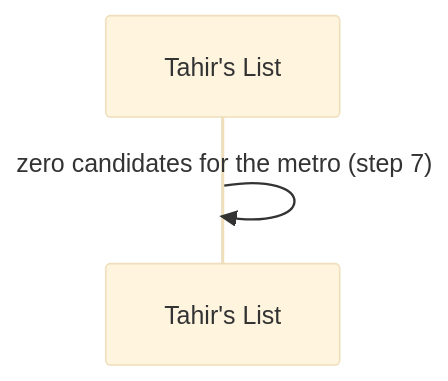
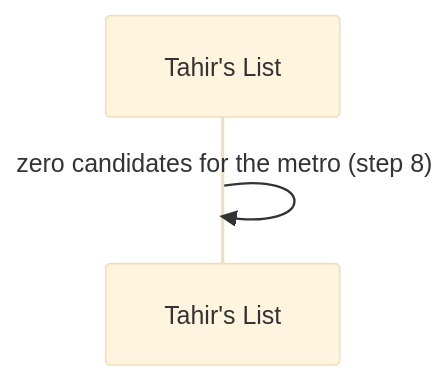
Before and after one commit to Losers-Lab/tahirs-list: the tenth of 13 diagrams in docs/features/SC-211/04-blackbox/UC-01-run-sample-directory-ingestion.md, drawn with Mermaid (base theme). The commit also changed other lines of this file and 8 other files, not shown here.

````diff
--- a/docs/features/SC-211/04-blackbox/UC-01-run-sample-directory-ingestion.md
+++ b/docs/features/SC-211/04-blackbox/UC-01-run-sample-directory-ingestion.md
@@ -75,5 +82,5 @@
 ```mermaid
 sequenceDiagram
   participant TL as Tahir's List
-  TL->>TL: zero candidates for the metro (step 7)
+  TL->>TL: zero candidates for the metro (step 8)
 ```
````
